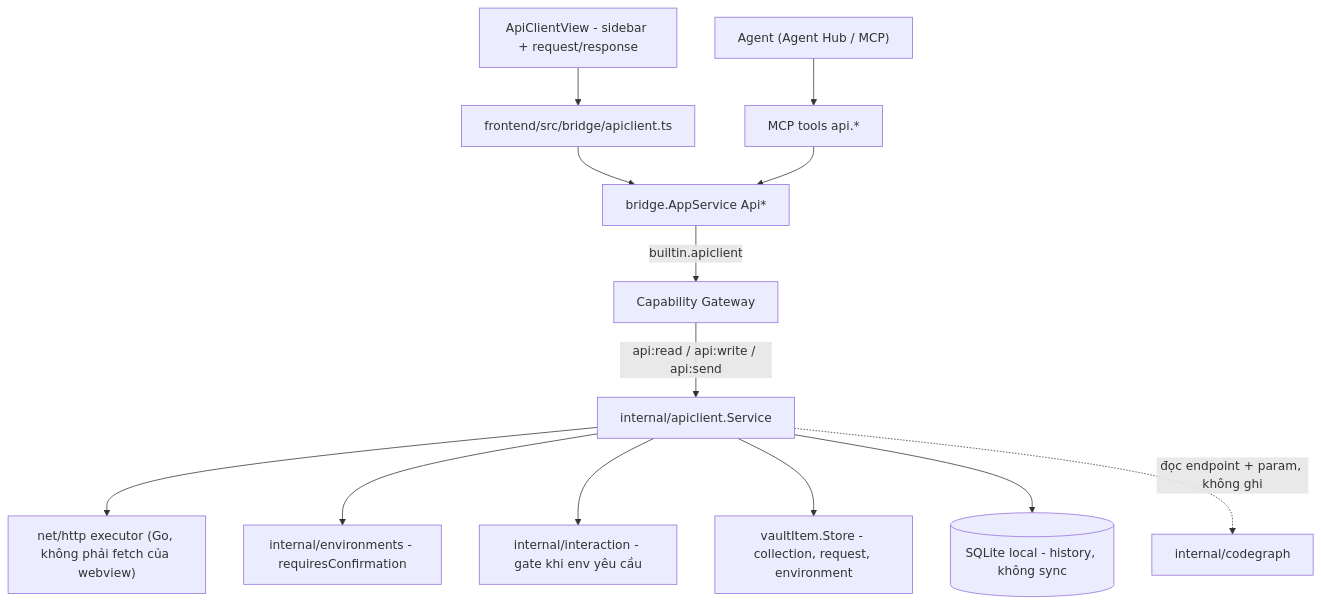
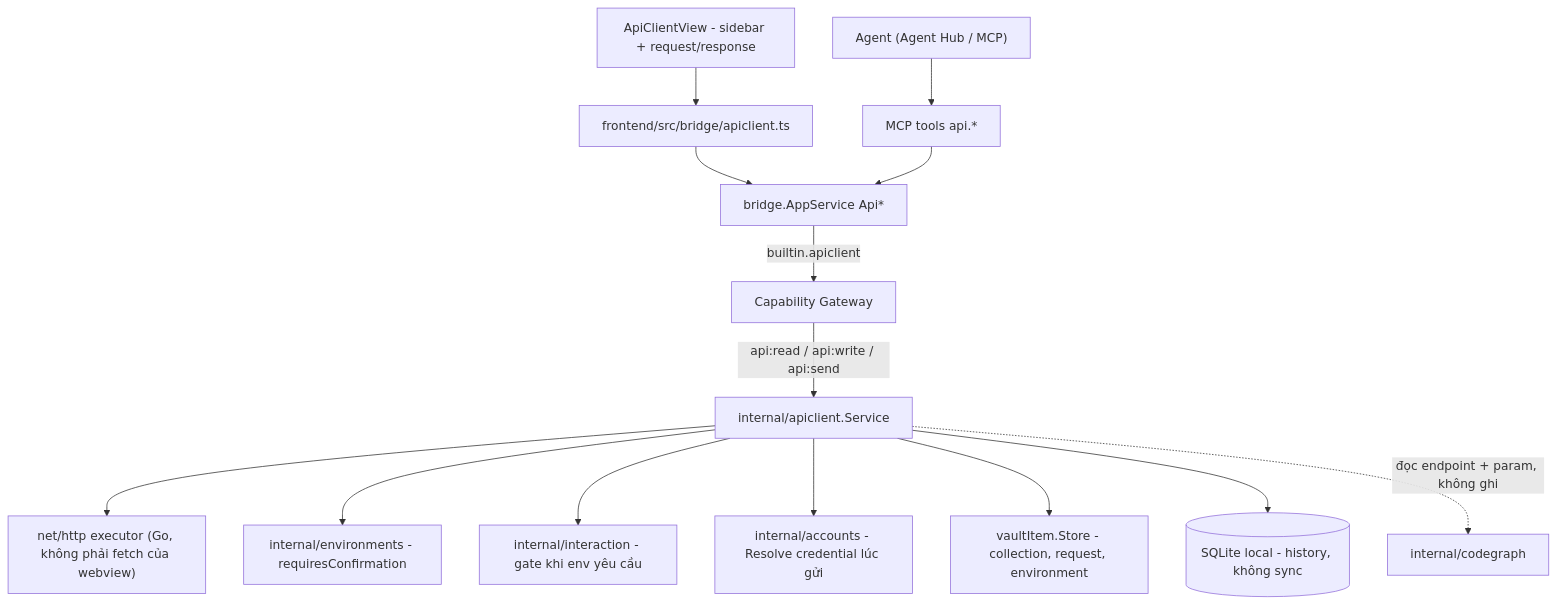
The first of 2 diagrams in docs/dev-kit/api-client.mdx (syurodev/dev-kit), drawn with Mermaid before and after one commit. The commit also changed other lines of this file and 5 other files, not shown here.

First line of the commit message:
docs: design Accounts, Git and the API Client's credential seam

````diff
--- a/docs/dev-kit/api-client.mdx
+++ b/docs/dev-kit/api-client.mdx
@@ -27,15 +30,16 @@
 ```mermaid
 flowchart TD
   UI["ApiClientView - sidebar + request/response"] --> BR["frontend/src/bridge/apiclient.ts"]
   AGENT["Agent (Agent Hub / MCP)"] --> MCP["MCP tools api.*"]
   BR --> AS["bridge.AppService Api*"]
   MCP --> AS
   AS -->|"builtin.apiclient"| GW["Capability Gateway"]
   GW -->|"api:read / api:write / api:send"| SVC["internal/apiclient.Service"]
   SVC --> HTTP["net/http executor (Go, không phải fetch của webview)"]
   SVC --> ENV["internal/environments - requiresConfirmation"]
   SVC --> GATE["internal/interaction - gate khi env yêu cầu"]
+  SVC --> ACC["internal/accounts - Resolve credential lúc gửi"]
   SVC --> STORE["vaultItem.Store - collection, request, environment"]
   SVC --> HIST[("SQLite local - history, không sync")]
   SVC -.->|"đọc endpoint + param, không ghi"| CG["internal/codegraph"]
 ```
````
